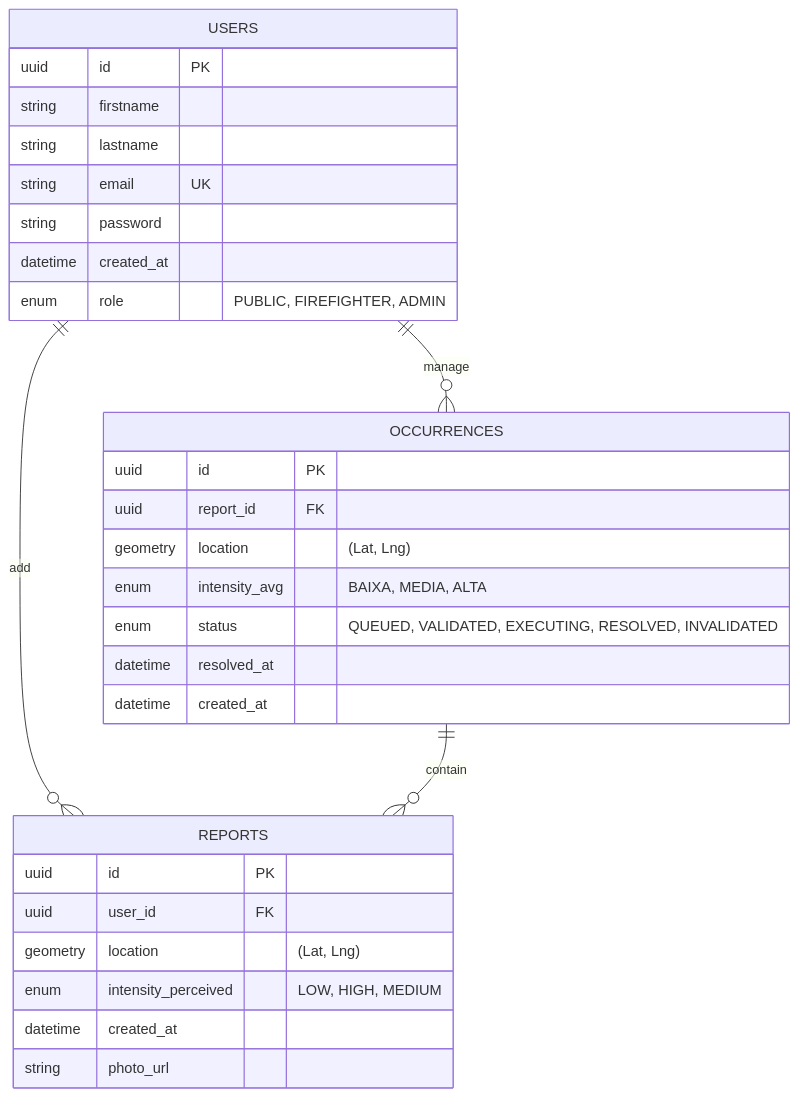
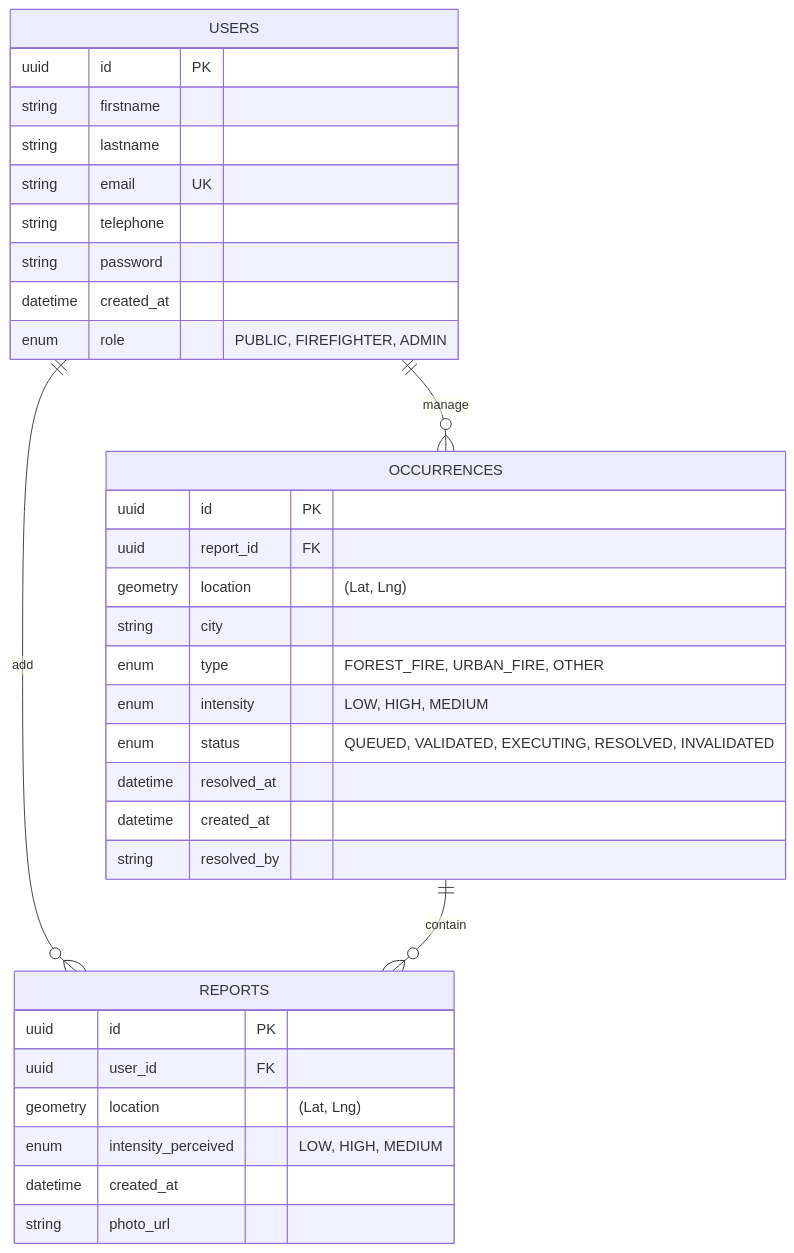
One commit to zetta-lab-fire-control/fire-control-api changed the diagram in docs/schema.md. Above: the diagram before and after it, drawn with Mermaid. The commit also changed 63 other files, not shown here.

````diff
--- a/docs/schema.md
+++ b/docs/schema.md
@@ -9,40 +9,42 @@
 ```mermaid
-
 erDiagram
 
     USERS {
         uuid id PK
         string firstname
         string lastname
         string email UK
+        string telephone
         string password
         datetime created_at
         enum role "PUBLIC, FIREFIGHTER, ADMIN"
 
     }
 
     OCCURRENCES {
         uuid id PK
         uuid report_id FK
         geometry location "(Lat, Lng)"
-        enum intensity_avg "BAIXA, MEDIA, ALTA"
+        string city
+        enum type "FOREST_FIRE, URBAN_FIRE, OTHER"
+        enum intensity "LOW, HIGH, MEDIUM"
         enum status "QUEUED, VALIDATED, EXECUTING, RESOLVED, INVALIDATED"
         datetime resolved_at
         datetime created_at
+        string resolved_by
     }
 
     REPORTS {
         uuid id PK
         uuid user_id FK
         geometry location "(Lat, Lng)"
         enum intensity_perceived "LOW, HIGH, MEDIUM"
         datetime created_at
         string photo_url
     }
 
     %% Relacionamentos
     USERS ||--o{ REPORTS : "add"
     USERS ||--o{ OCCURRENCES : "manage"
     OCCURRENCES ||--o{ REPORTS : "contain"
-
 ```
````
